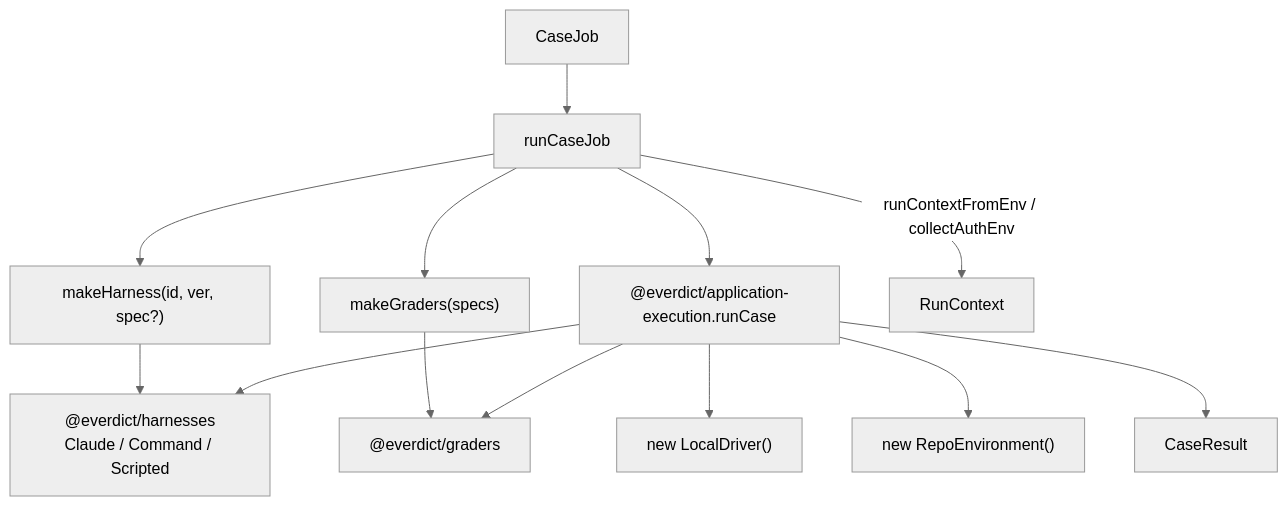
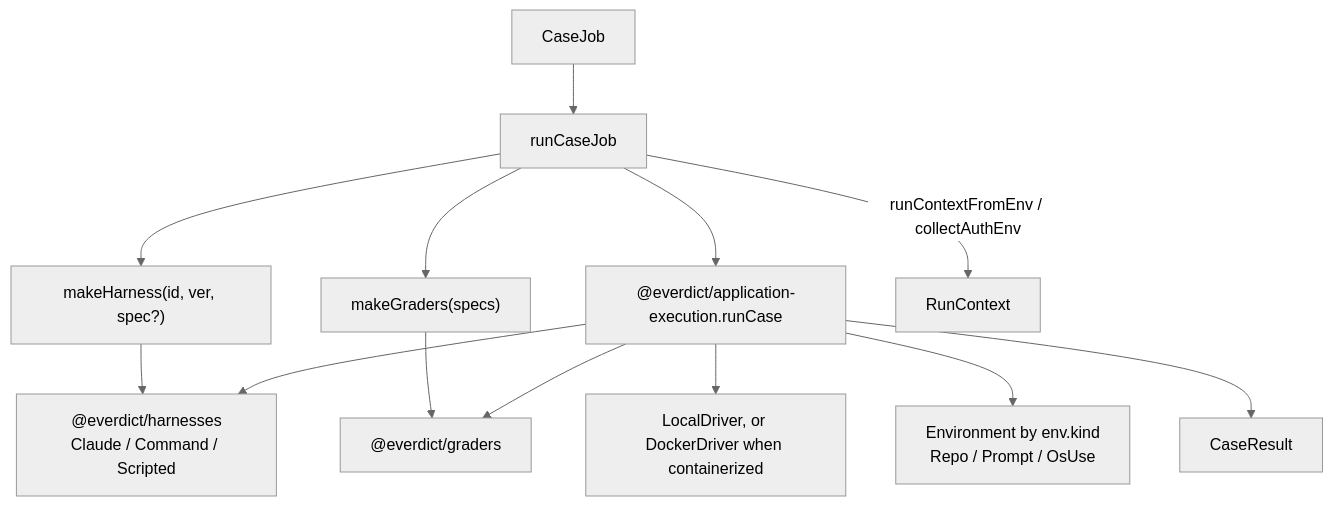
Diagram 11 of 24 in docs/architecture/collaboration.md (everdict/everdict), drawn with Mermaid (neutral theme) before and after one commit. The commit also changed other lines of this file and 179 other files, not shown here.

````diff
--- a/docs/architecture/collaboration.md
+++ b/docs/architecture/collaboration.md
@@ -532,15 +572,15 @@
 ```mermaid
 flowchart TD
   job[CaseJob] --> runCaseJob
   runCaseJob --> makeHarness["makeHarness(id, ver, spec?)"]
   runCaseJob --> makeGraders["makeGraders(specs)"]
   makeHarness --> H["@everdict/harnesses<br/>Claude / Command / Scripted"]
   makeGraders --> G["@everdict/graders"]
   runCaseJob --> runCase["@everdict/application-execution.runCase"]
-  runCase --> LD["new LocalDriver()"]
-  runCase --> RE["new RepoEnvironment()"]
+  runCase --> LD["LocalDriver, or DockerDriver when containerized"]
+  runCase --> RE["Environment by env.kind<br/>Repo / Prompt / OsUse"]
   runCase --> H
   runCase --> G
   runCaseJob -->|"runContextFromEnv / collectAuthEnv"| ctx[RunContext]
   runCase --> res[CaseResult]
 ```
````
